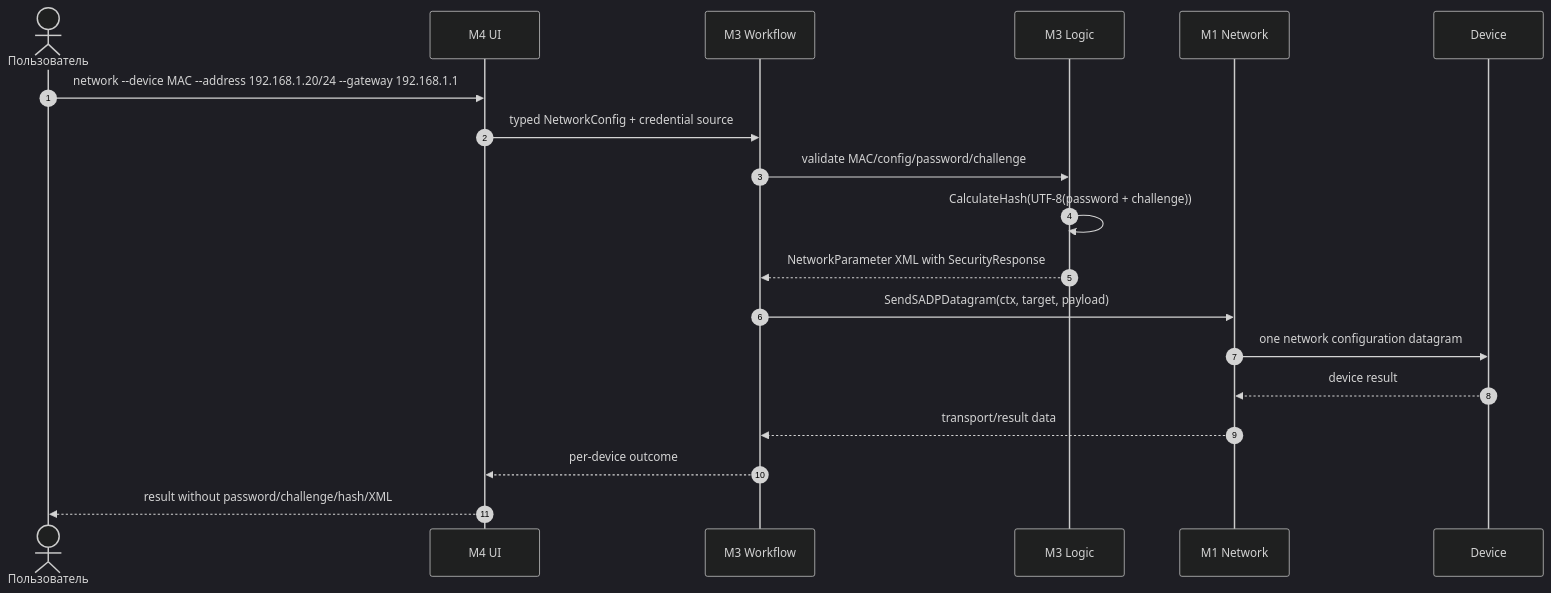
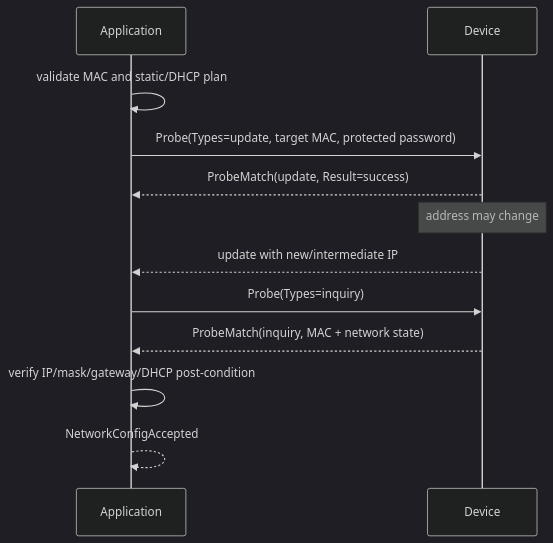
One commit to CDSRaBot/sadp-handler.GO changed the seventh of 8 diagrams in docs/ru/WORKFLOW.md. Above: the diagram before and after it, drawn with Mermaid (dark theme). The commit also changed other lines of this file, not shown here.

Commit message:
docs: update Russian workflow

````diff
--- a/docs/ru/WORKFLOW.md
+++ b/docs/ru/WORKFLOW.md
@@ -206,22 +310,15 @@
 ```mermaid
 sequenceDiagram
-    autonumber
-    actor U as Пользователь
-    participant UI as M4 UI
-    participant W as M3 Workflow
-    participant L as M3 Logic
-    participant N as M1 Network
-    participant K as Device
+    participant App as Application
+    participant Cam as Device
 
-    U->>UI: network --device MAC --address 192.168.1.20/24 --gateway 192.168.1.1
-    UI->>W: typed NetworkConfig + credential source
-    W->>L: validate MAC/config/password/challenge
-    L->>L: CalculateHash(UTF-8(password + challenge))
-    L-->>W: NetworkParameter XML with SecurityResponse
-    W->>N: SendSADPDatagram(ctx, target, payload)
-    N->>K: one network configuration datagram
-    K-->>N: device result
-    N-->>W: transport/result data
-    W-->>UI: per-device outcome
-    UI-->>U: result without password/challenge/hash/XML
+    App->>App: validate MAC and static/DHCP plan
+    App->>Cam: Probe(Types=update, target MAC, protected password)
+    Cam-->>App: ProbeMatch(update, Result=success)
+    Note over Cam: address may change
+    Cam-->>App: update with new/intermediate IP
+    App->>Cam: Probe(Types=inquiry)
+    Cam-->>App: ProbeMatch(inquiry, MAC + network state)
+    App->>App: verify IP/mask/gateway/DHCP post-condition
+    App-->>App: NetworkConfigAccepted
 ```
````
